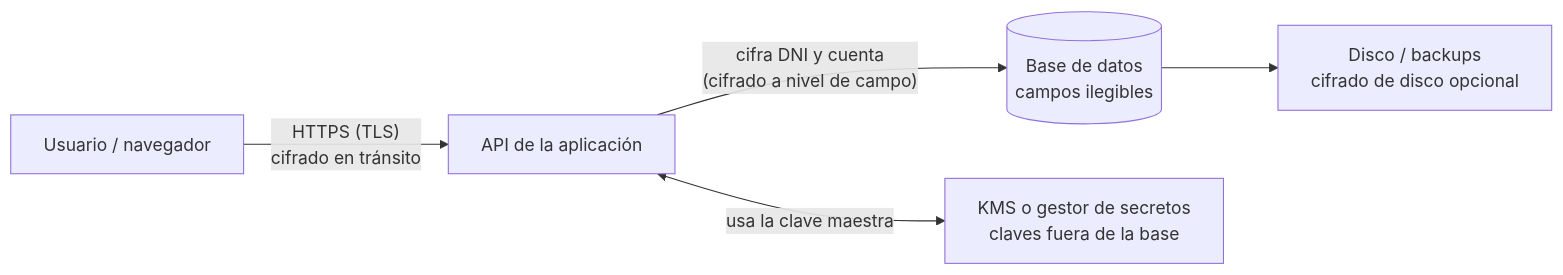
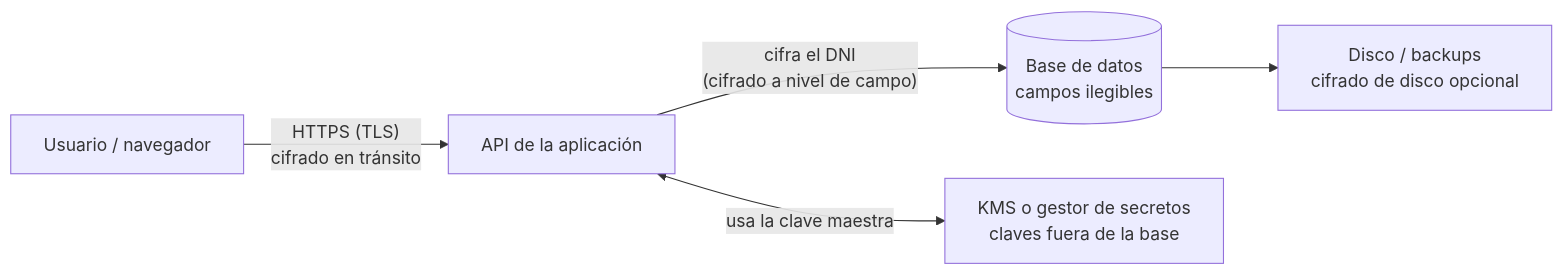
Before and after one commit to VSCX10/arqui_1: the first of 3 diagrams in 0/0.2/0.2.2/0.2.2.md, drawn with Mermaid. The commit also changed other lines of this file and 107 other files, not shown here.

````diff
--- a/0/0.2/0.2.2/0.2.2.md
+++ b/0/0.2/0.2.2/0.2.2.md
@@ -54,7 +54,7 @@
 ```mermaid
 flowchart LR
     U["Usuario / navegador"] -->|"HTTPS (TLS)<br/>cifrado en tránsito"| A["API de la aplicación"]
-    A -->|"cifra DNI y cuenta<br/>(cifrado a nivel de campo)"| B[("Base de datos<br/>campos ilegibles")]
+    A -->|"cifra el DNI<br/>(cifrado a nivel de campo)"| B[("Base de datos<br/>campos ilegibles")]
     A <-->|"usa la clave maestra"| K["KMS o gestor de secretos<br/>claves fuera de la base"]
     B --> D["Disco / backups<br/>cifrado de disco opcional"]
 ```
````
